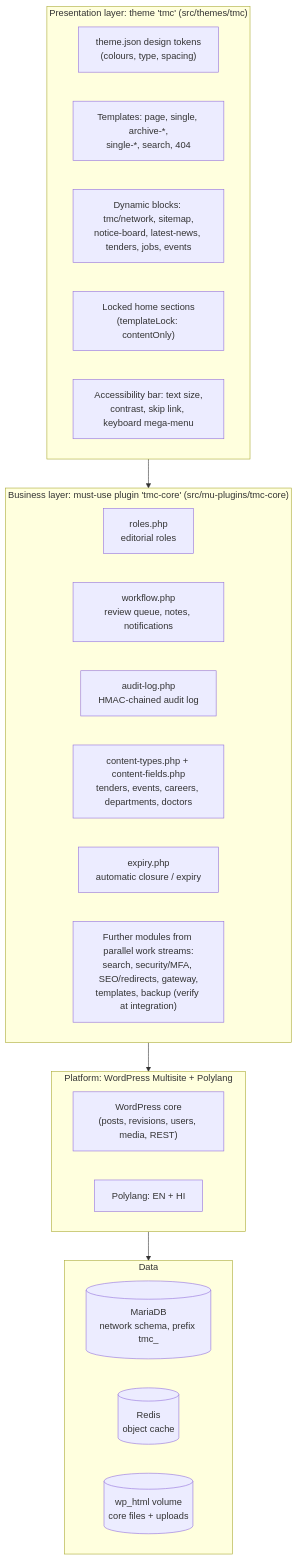
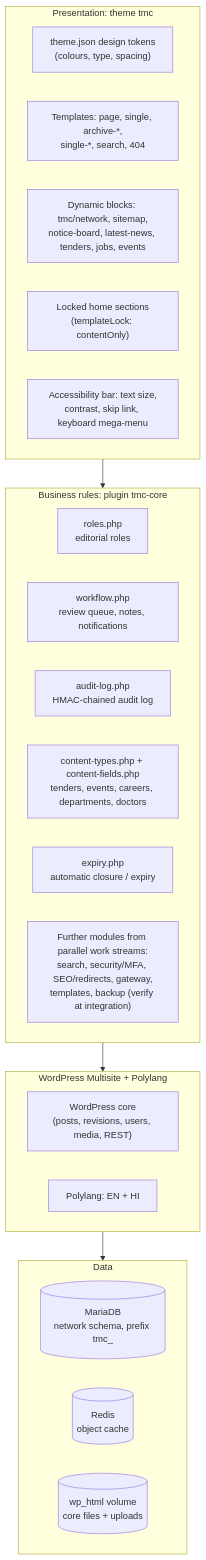
The second of 6 diagrams in docs/architecture/system-architecture.md (aryanpatel-ctrl/tmc-website), drawn with Mermaid before and after one commit. The commit also changed other lines of this file and 5 other files, not shown here.

Commit message:
docs: DOCX/PDF documentation build (pandoc filter and converter); architecture document updates

````diff
--- a/docs/architecture/system-architecture.md
+++ b/docs/architecture/system-architecture.md
@@ -87,28 +87,28 @@
 ```mermaid
 flowchart TB
-    subgraph presentation["Presentation layer: theme 'tmc' (src/themes/tmc)"]
+    subgraph presentation["Presentation: theme tmc"]
         tokens["theme.json design tokens<br/>(colours, type, spacing)"]
         templates["Templates: page, single, archive-*,<br/>single-*, search, 404"]
         blocks["Dynamic blocks: tmc/network, sitemap,<br/>notice-board, latest-news, tenders, jobs, events"]
         patterns["Locked home sections<br/>(templateLock: contentOnly)"]
         a11y["Accessibility bar: text size,<br/>contrast, skip link, keyboard mega-menu"]
     end
-    subgraph core["Business layer: must-use plugin 'tmc-core' (src/mu-plugins/tmc-core)"]
+    subgraph core["Business rules: plugin tmc-core"]
         roles["roles.php<br/>editorial roles"]
         workflow["workflow.php<br/>review queue, notes, notifications"]
         audit["audit-log.php<br/>HMAC-chained audit log"]
         types["content-types.php + content-fields.php<br/>tenders, events, careers, departments, doctors"]
         expiry["expiry.php<br/>automatic closure / expiry"]
         more["Further modules from parallel work streams:<br/>search, security/MFA, SEO/redirects, gateway,<br/>templates, backup (verify at integration)"]
     end
-    subgraph platform["Platform: WordPress Multisite + Polylang"]
+    subgraph platform["WordPress Multisite + Polylang"]
         wpcore["WordPress core<br/>(posts, revisions, users, media, REST)"]
         pll["Polylang: EN + HI"]
     end
     subgraph data["Data"]
         db[("MariaDB<br/>network schema, prefix tmc_")]
         cache[("Redis<br/>object cache")]
         uploads[("wp_html volume<br/>core files + uploads")]
     end
     presentation --> core --> platform --> data
 ```
````
